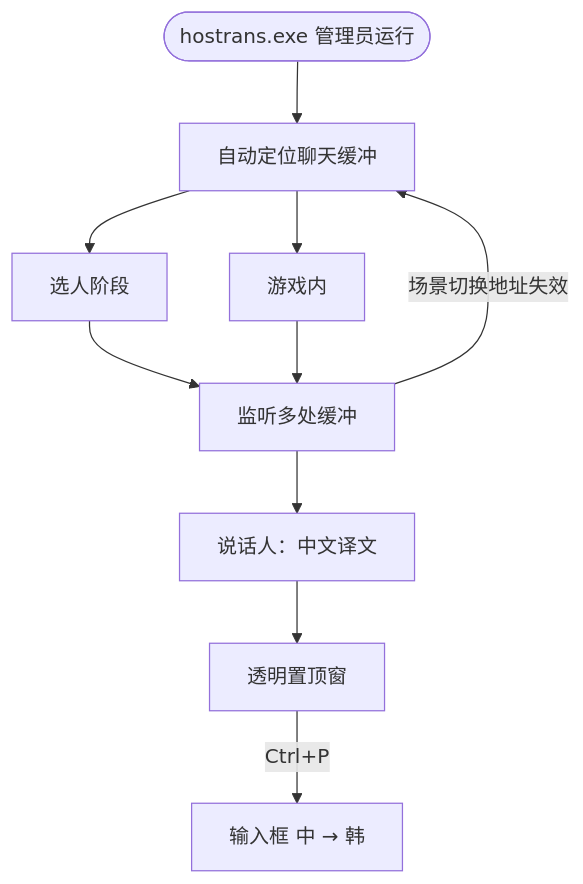
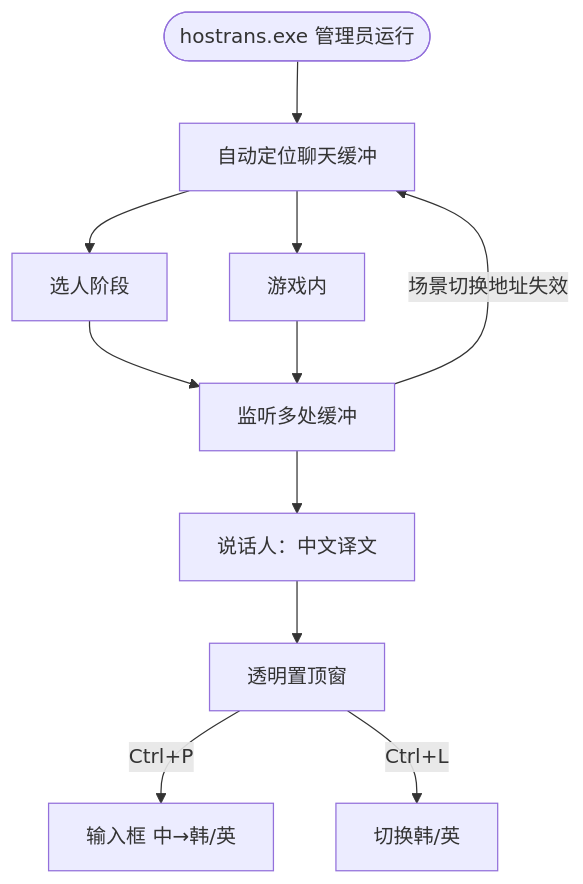
The diagram in README.md (lewoking/hostrans-go), drawn with Mermaid before and after one commit. The commit also changed other lines of this file and 10 other files, not shown here.

````diff
--- a/README.md
+++ b/README.md
@@ -5,12 +5,13 @@
 ```mermaid
 flowchart TB
     Start(["hostrans.exe 管理员运行"]) --> Auto["自动定位聊天缓冲"]
     Auto --> Draft[选人阶段]
     Auto --> InGame[游戏内]
     Draft --> Poll["监听多处缓冲"]
     InGame --> Poll
     Poll -->|场景切换地址失效| Auto
     Poll --> ZH["说话人：中文译文"]
     ZH --> OV[透明置顶窗]
-    OV -->|"Ctrl+P"| Paste["输入框 中 → 韩"]
+    OV -->|"Ctrl+P"| Paste["输入框 中→韩/英"]
+    OV -->|"Ctrl+L"| Lang[切换韩/英]
 ```
````
